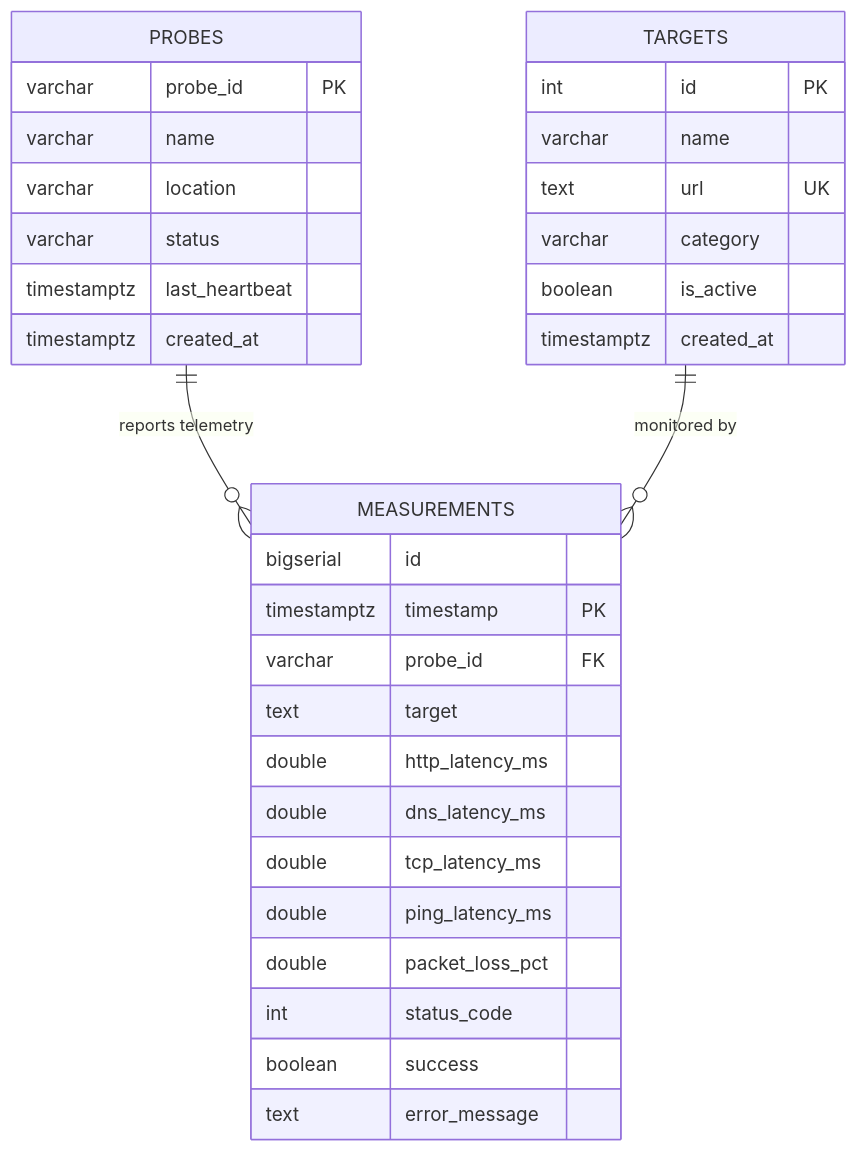
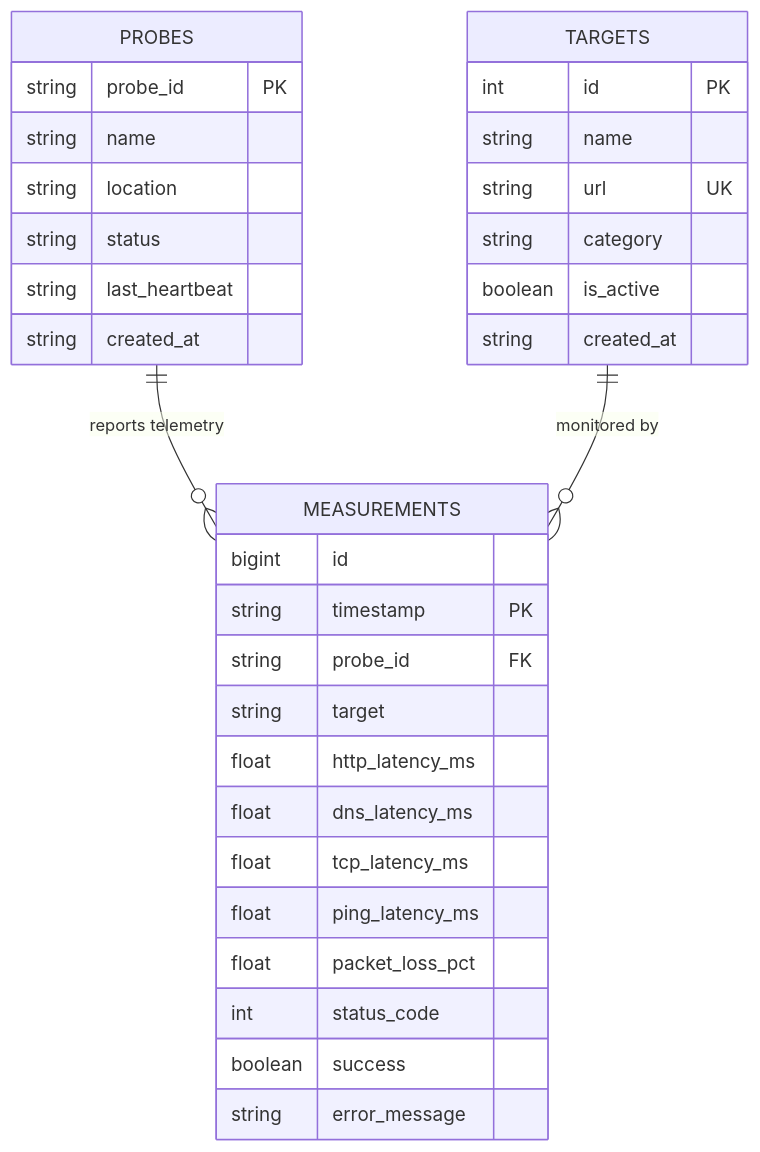
One commit to lEREHl/Internet_Outage_Intelligence_Platform_Stage_2 changed the third of 5 diagrams in ARCHITECTURE_V2.md. Above: the diagram before and after it, drawn with Mermaid. The commit also changed other lines of this file and 1 other file, not shown here.

````diff
--- a/ARCHITECTURE_V2.md
+++ b/ARCHITECTURE_V2.md
@@ -129,38 +127,38 @@
 ```mermaid
 erDiagram
     PROBES ||--o{ MEASUREMENTS : "reports telemetry"
     TARGETS ||--o{ MEASUREMENTS : "monitored by"
 
     PROBES {
-        varchar probe_id PK
-        varchar name
-        varchar location
-        varchar status
-        timestamptz last_heartbeat
-        timestamptz created_at
+        string probe_id PK
+        string name
+        string location
+        string status
+        string last_heartbeat
+        string created_at
     }
 
     TARGETS {
         int id PK
-        varchar name
-        text url UK
-        varchar category
+        string name
+        string url UK
+        string category
         boolean is_active
-        timestamptz created_at
+        string created_at
     }
 
     MEASUREMENTS {
-        bigserial id
-        timestamptz timestamp PK
-        varchar probe_id FK
-        text target
-        double http_latency_ms
-        double dns_latency_ms
-        double tcp_latency_ms
-        double ping_latency_ms
-        double packet_loss_pct
+        bigint id
+        string timestamp PK
+        string probe_id FK
+        string target
+        float http_latency_ms
+        float dns_latency_ms
+        float tcp_latency_ms
+        float ping_latency_ms
+        float packet_loss_pct
         int status_code
         boolean success
-        text error_message
+        string error_message
     }
 ```
````
